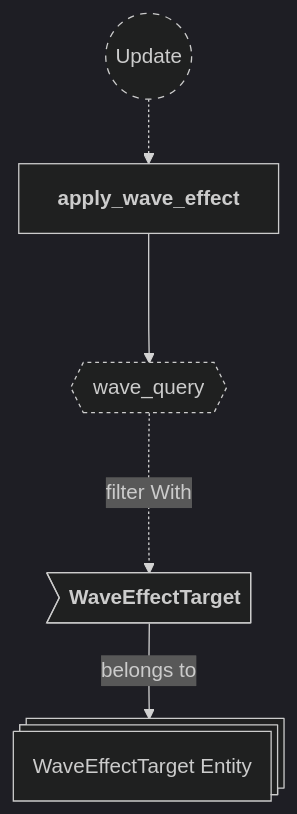
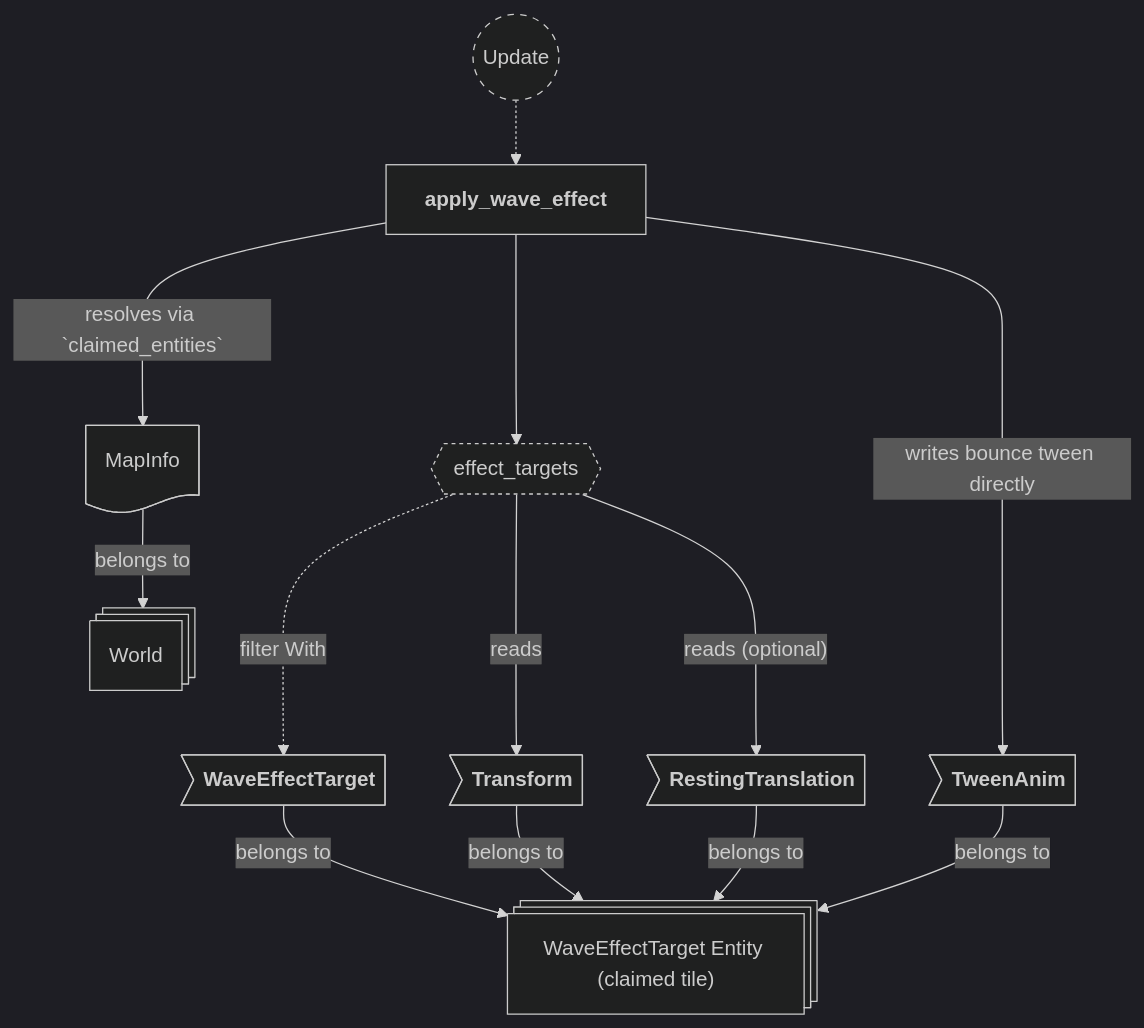
The eighth of 25 diagrams in backlog/docs/doc-10 - 008-Effects-plugin.md (neurosoup/tyled), drawn with Mermaid before and after one commit. The commit also changed other lines of this file and 14 other files, not shown here.

First line of the commit message:
Add beam-origin illumination and fix knockback transform-effect race

````diff
--- a/backlog/docs/doc-10 - 008-Effects-plugin.md
+++ b/backlog/docs/doc-10 - 008-Effects-plugin.md
@@ -328,24 +413,35 @@
 ```mermaid
 ---
 config:
   theme: dark
 ---
 
 flowchart TD
 classDef system-group stroke-dasharray: 5 5
 classDef query stroke-dasharray: 3 3
 
 update(("`Update`")):::system-group
 apply_wave_effect["`**apply_wave_effect**`"]
 
 update -.-> apply_wave_effect
 
-wave_query{{"`wave_query`"}}:::query
+wave_query{{"`effect_targets`"}}:::query
 apply_wave_effect ---> wave_query
 
-wave_entity@{ shape: st-rect, label: "WaveEffectTarget Entity" }
+wave_entity@{ shape: st-rect, label: "WaveEffectTarget Entity (claimed tile)" }
 
 we_marker>"`**WaveEffectTarget**`"] --> |belongs to| wave_entity
+we_transform>"`**Transform**`"] --> |belongs to| wave_entity
+we_resting>"`**RestingTranslation**`"] --> |belongs to| wave_entity
+we_tween>"`**TweenAnim**`"] --> |belongs to| wave_entity
 
 wave_query -..-> |filter With| we_marker
+wave_query ---> |reads| we_transform
+wave_query ---> |"reads (optional)"| we_resting
+apply_wave_effect ---> |writes bounce tween directly| we_tween
+
+world@{ shape: st-rect, label: "World" }
+map_info_res@{ shape: doc, label: "MapInfo" }
+map_info_res --> |belongs to| world
+apply_wave_effect ---> |resolves via `claimed_entities`| map_info_res
 ```
````
